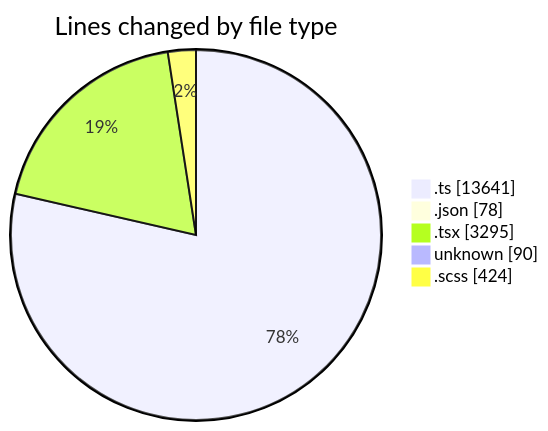
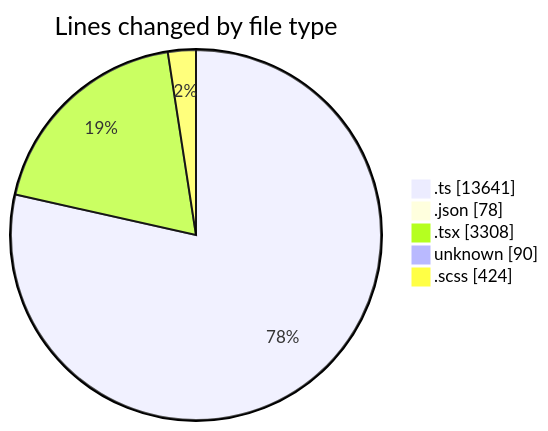
The first of 2 diagrams in 2025-08-29/cda/README.md (momahboobian/code-tracking), drawn with Mermaid before and after one commit. The commit also changed other lines of this file and 1 other file, not shown here.

````diff
--- a/2025-08-29/cda/README.md
+++ b/2025-08-29/cda/README.md
@@ -34,9 +34,9 @@
 ```mermaid
 pie showData
 title Lines changed by file type
 ".ts" : 13641
 ".json" : 78
-".tsx" : 3295
+".tsx" : 3308
 "unknown" : 90
 ".scss" : 424
 ```
````
